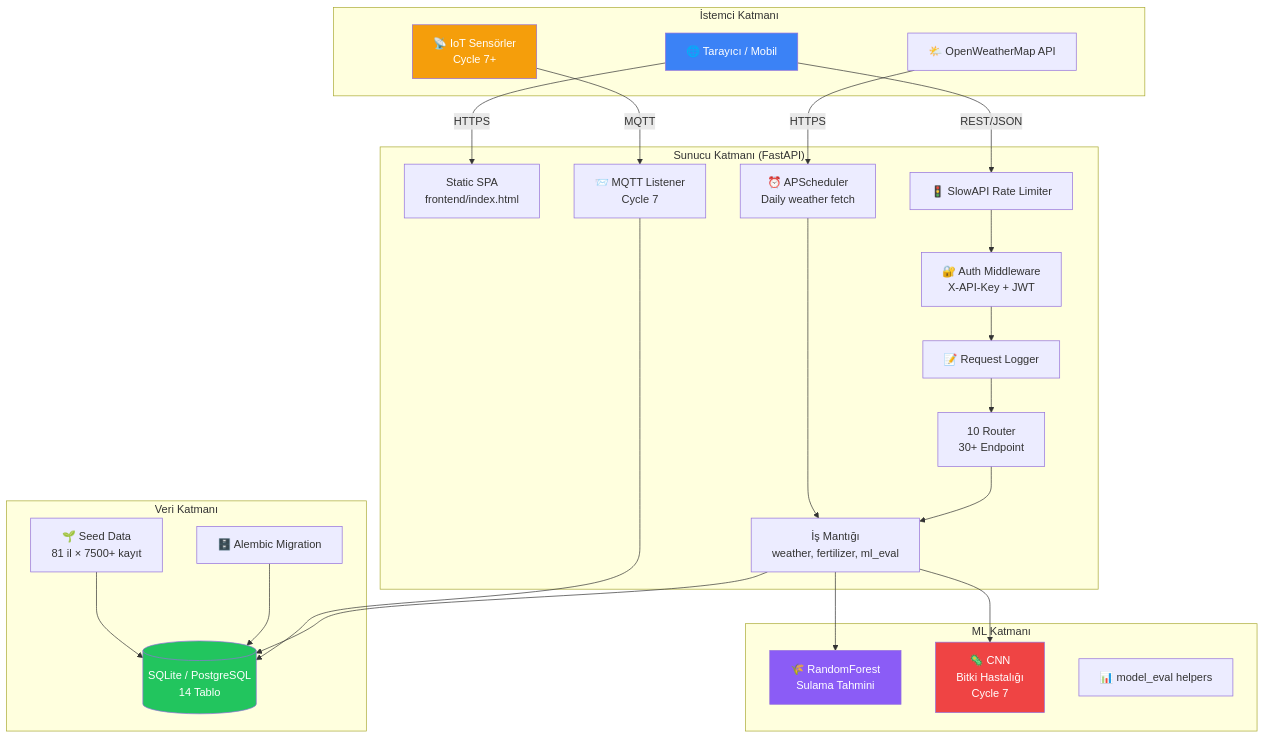
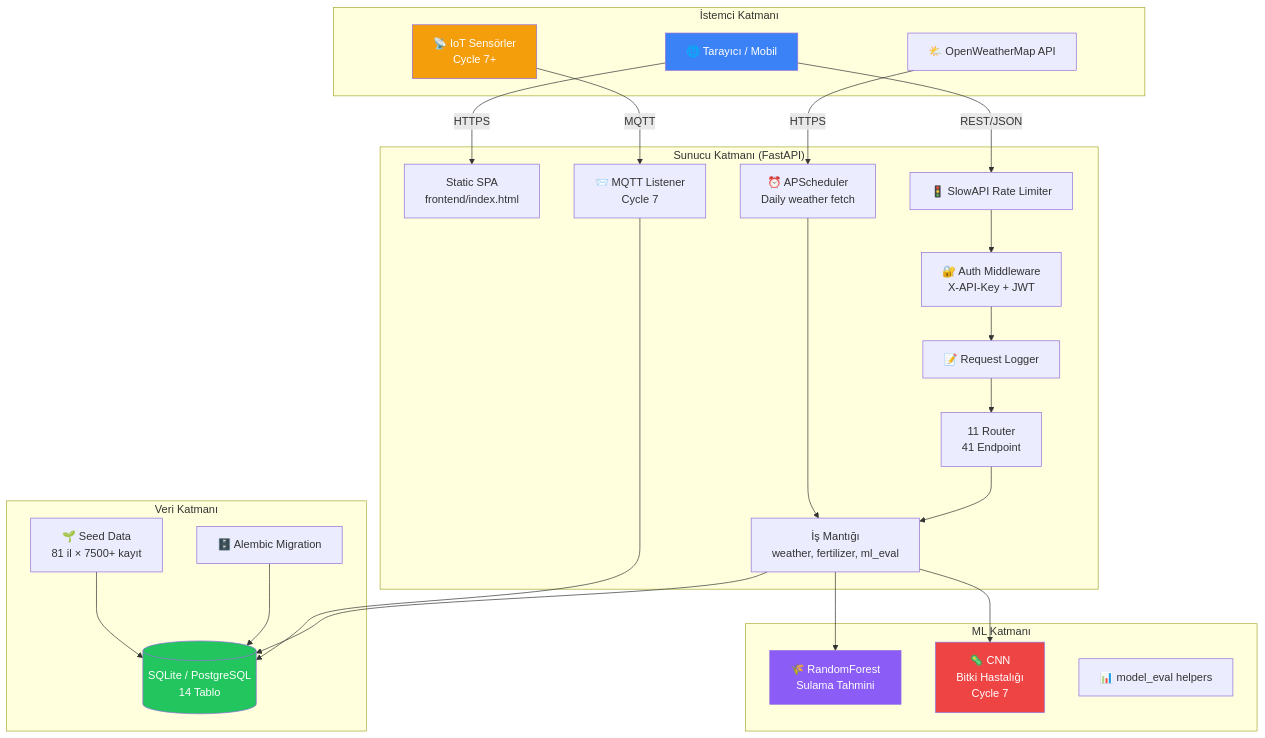
The first of 6 diagrams in docs/architecture.md (Ohualtex/Smart_Farming_Data_Analysis_Platform), drawn with Mermaid before and after one commit. The commit also changed other lines of this file and 9 other files, not shown here.

````diff
--- a/docs/architecture.md
+++ b/docs/architecture.md
@@ -10,55 +10,55 @@
 ```mermaid
 graph TB
     subgraph "İstemci Katmanı"
         Browser[🌐 Tarayıcı / Mobil]
         Sensor[📡 IoT Sensörler<br/>Cycle 7+]
         ExtAPI[🌤️ OpenWeatherMap API]
     end
 
     subgraph "Sunucu Katmanı (FastAPI)"
         Static[Static SPA<br/>frontend/index.html]
         Auth[🔐 Auth Middleware<br/>X-API-Key + JWT]
         RateLimit[🚦 SlowAPI Rate Limiter]
         ReqLog[📝 Request Logger]
-        Routers[10 Router<br/>30+ Endpoint]
+        Routers[11 Router<br/>41 Endpoint]
         Services[İş Mantığı<br/>weather, fertilizer, ml_eval]
         Tasks[⏰ APScheduler<br/>Daily weather fetch]
         MQTT[📨 MQTT Listener<br/>Cycle 7]
     end
 
     subgraph "ML Katmanı"
         Irrigation[🌾 RandomForest<br/>Sulama Tahmini]
         CNN[🦠 CNN<br/>Bitki Hastalığı<br/>Cycle 7]
         Eval[📊 model_eval helpers]
     end
 
     subgraph "Veri Katmanı"
         DB[(SQLite / PostgreSQL<br/>14 Tablo)]
         Migration[🗄️ Alembic Migration]
         Seed[🌱 Seed Data<br/>81 il × 7500+ kayıt]
     end
 
     Browser -->|HTTPS| Static
     Browser -->|REST/JSON| RateLimit
     Sensor -->|MQTT| MQTT
     ExtAPI -->|HTTPS| Tasks
 
     RateLimit --> Auth
     Auth --> ReqLog
     ReqLog --> Routers
     Routers --> Services
     Services --> DB
     Services --> Irrigation
     Services --> CNN
     Tasks --> Services
     MQTT --> DB
 
     Migration --> DB
     Seed --> DB
 
     style Browser fill:#3b82f6,color:#fff
     style Sensor fill:#f59e0b,color:#fff
     style DB fill:#22c55e,color:#fff
     style Irrigation fill:#8b5cf6,color:#fff
     style CNN fill:#ef4444,color:#fff
 ```
````
